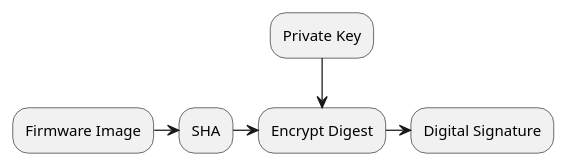
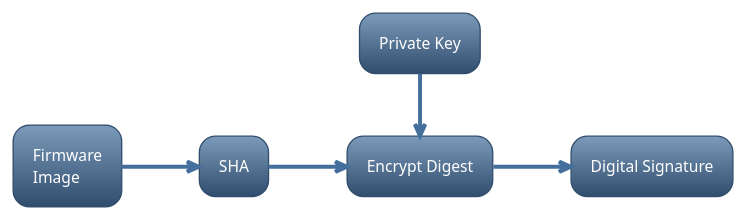
Before and after one commit to orjangj/cookbook: the fourth of 10 diagrams in security/secure_boot.md, drawn with PlantUML. The commit also changed other lines of this file, not shown here.

Commit message:
secure boot: formatting and plantuml diagrams

````diff
--- a/security/secure_boot.md
+++ b/security/secure_boot.md
@@ -209,12 +217,14 @@
 ```plantuml
 @startuml
 
-skinparam backgroundColor #00000000
+!theme spacelab
+skinparam nodesep 60
+skinparam linetype ortho
 
-"Firmware Image" -right-> "SHA"
--> "Encrypt Digest"
+"Firmware\nImage" -right-> "SHA"
+->[Digest] "Encrypt Digest"
 -> "Digital Signature"
 "Private Key" -down-> "Encrypt Digest"
 
 @enduml
 ```
````
